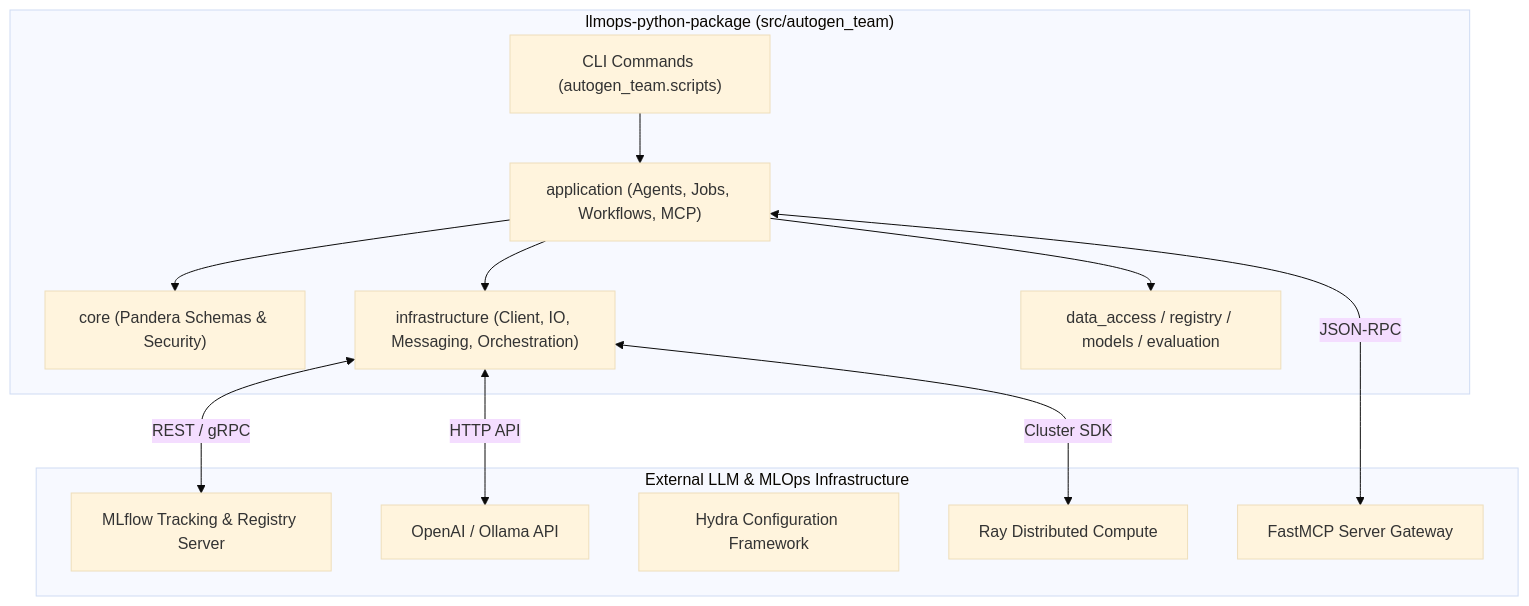
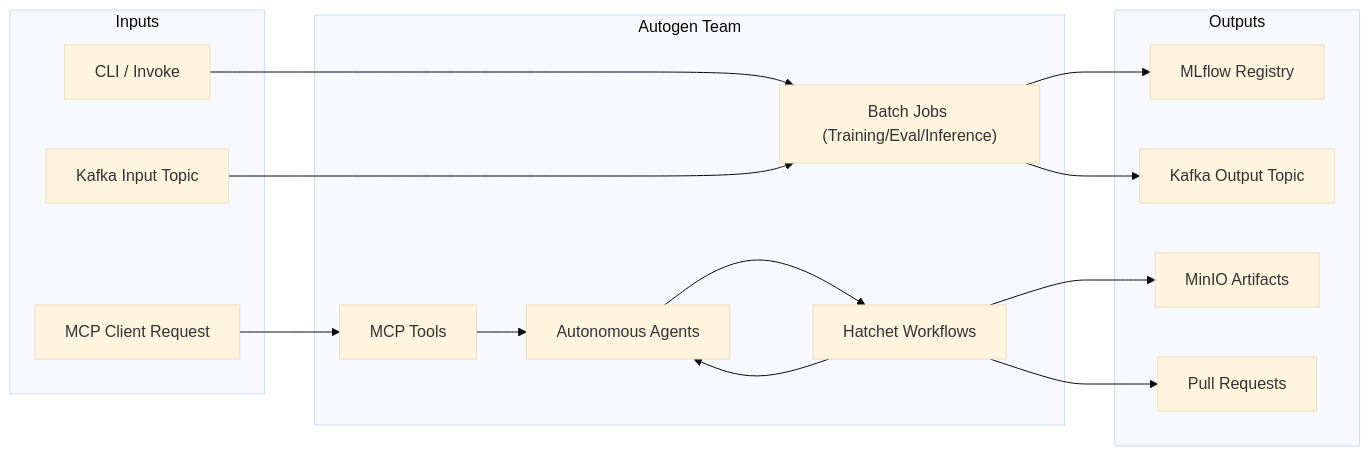
Before and after one commit to lgcorzo/llmops-python-package: the second of 2 diagrams in openwiki/architecture/system_context.md, drawn with Mermaid (base theme). The commit also changed other lines of this file and 39 other files, not shown here.

Commit message:
refactor: overhaul architecture documentation, modularize OpenWiki structure, and add project infrastructure hooks

````diff
--- a/openwiki/architecture/system_context.md
+++ b/openwiki/architecture/system_context.md
@@ -15,27 +67,33 @@
 ```mermaid
-graph TB
-    subgraph External_Integrations["External LLM & MLOps Infrastructure"]
-        MLFLOW["MLflow Tracking & Registry Server"]
-        OPENAI["OpenAI / Ollama API"]
-        HYDRA["Hydra Configuration Framework"]
-        FASTMCP["FastMCP Server Gateway"]
-        RAY["Ray Distributed Compute"]
+flowchart LR
+    subgraph Inputs
+        CLI["CLI / Invoke"]
+        KafkaIn["Kafka Input Topic"]
+        MCPReq["MCP Client Request"]
     end
 
-    subgraph Package_Boundary["llmops-python-package (src/autogen_team)"]
-        CLI["CLI Commands (autogen_team.scripts)"]
-        CORE["core (Pandera Schemas & Security)"]
-        APP["application (Agents, Jobs, Workflows, MCP)"]
-        INFRA["infrastructure (Client, IO, Messaging, Orchestration)"]
-        DATA["data_access / registry / models / evaluation"]
+    subgraph autogen_team["Autogen Team"]
+        Jobs["Batch Jobs (Training/Eval/Inference)"]
+        Agents["Autonomous Agents"]
+        MCPTools["MCP Tools"]
+        Workflows["Hatchet Workflows"]
     end
 
-    CLI --> APP
-    APP --> CORE
-    APP --> INFRA
-    APP --> DATA
-    INFRA <--> |REST / gRPC| MLFLOW
-    INFRA <--> |HTTP API| OPENAI
-    APP <--> |JSON-RPC| FASTMCP
-    INFRA <--> |Cluster SDK| RAY
+    subgraph Outputs
+        MLflowReg["MLflow Registry"]
+        KafkaOut["Kafka Output Topic"]
+        Artifacts["MinIO Artifacts"]
+        PRs["Pull Requests"]
+    end
+
+    CLI --> Jobs
+    KafkaIn --> Jobs
+    MCPReq --> MCPTools
+    MCPTools --> Agents
+    Agents --> Workflows
+    Workflows --> Agents
+    Jobs --> MLflowReg
+    Jobs --> KafkaOut
+    Workflows --> Artifacts
+    Workflows --> PRs
 ```
````
